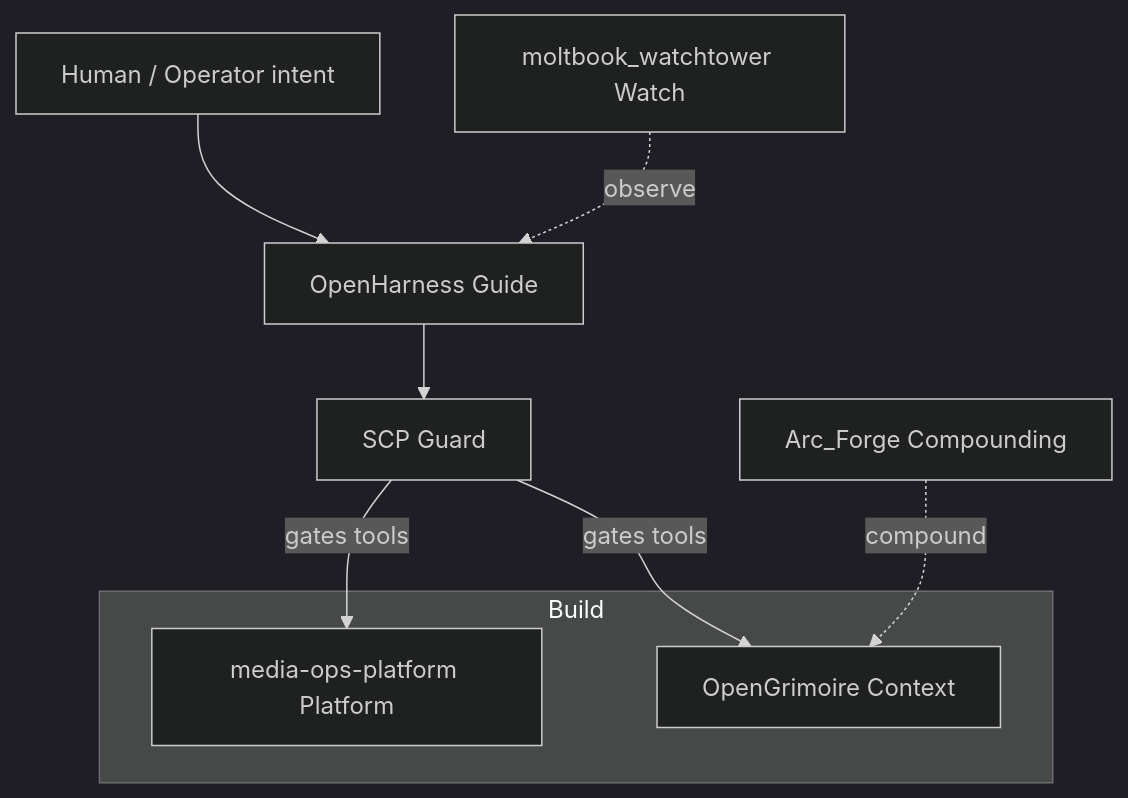
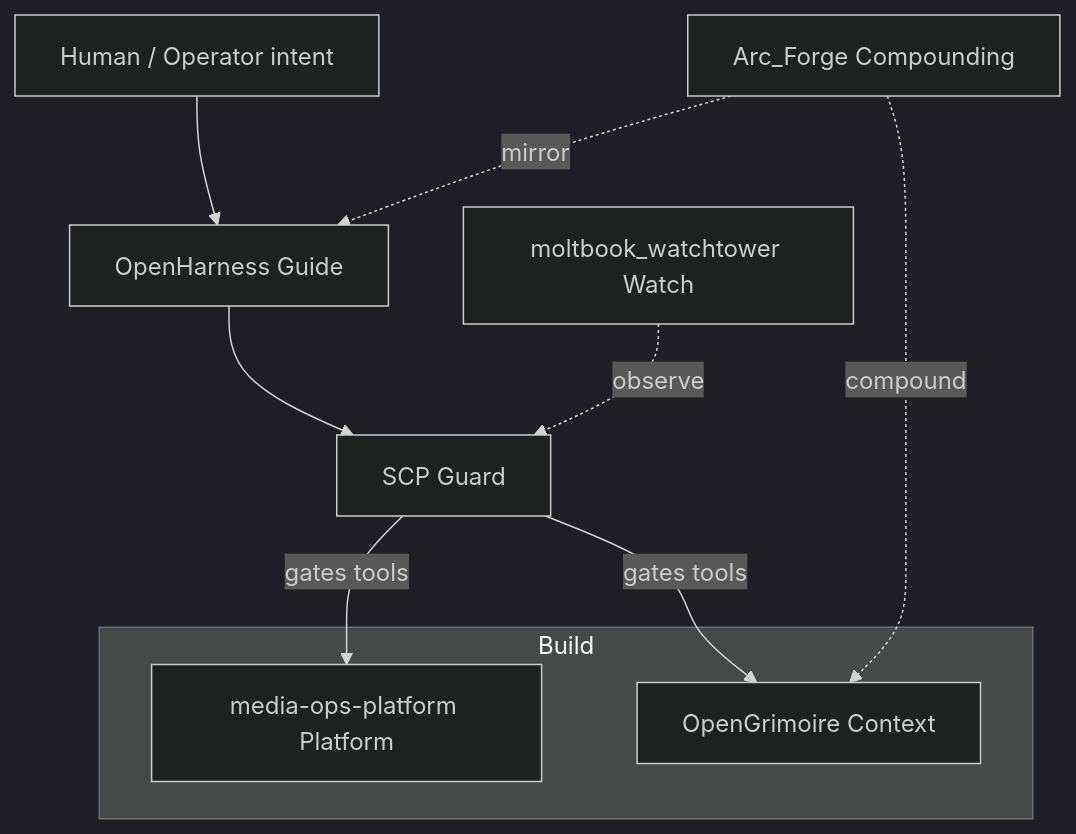
Before and after one commit to ManintheCrowds/ManintheCrowds: the diagram in README.md, drawn with Mermaid (dark theme). The commit also changed other lines of this file, not shown here.

Commit message:
docs(profile): polish proof-set diagram edges, dedupe caption

````diff
--- a/README.md
+++ b/README.md
@@ -13,20 +13,21 @@
 ```mermaid
 flowchart TB
   Intent[Human / Operator intent]
   OH[OpenHarness Guide]
   SCP[SCP Guard]
   WT[moltbook_watchtower Watch]
   AF[Arc_Forge Compounding]
 
   subgraph build [Build]
     MOP[media-ops-platform Platform]
     OG[OpenGrimoire Context]
   end
 
   Intent --> OH
   OH --> SCP
   SCP -->|gates tools| MOP
   SCP -->|gates tools| OG
-  WT -.->|observe| OH
+  WT -.->|observe| SCP
+  AF -.->|mirror| OH
   AF -.->|compound| OG
 ```
````
